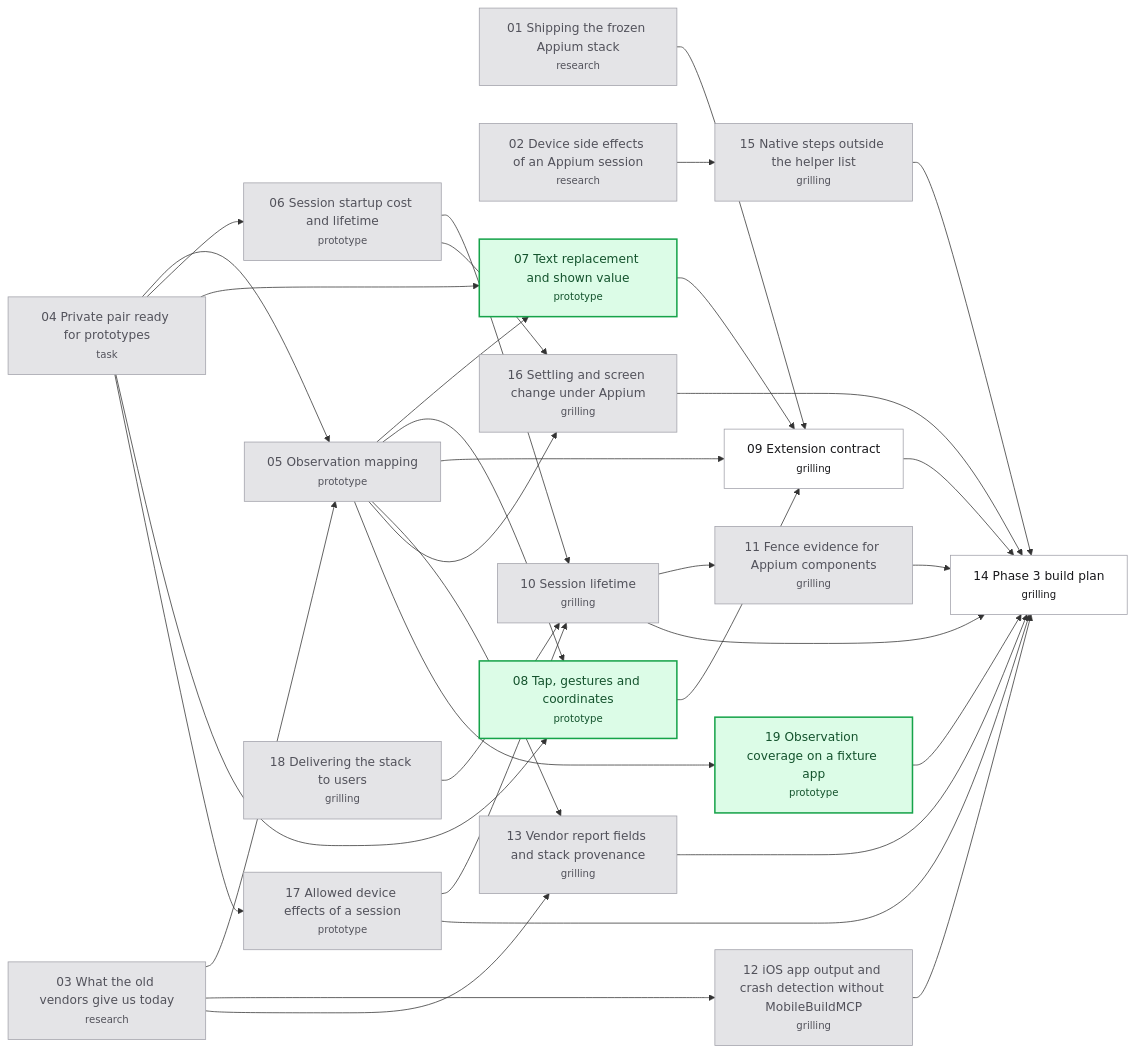
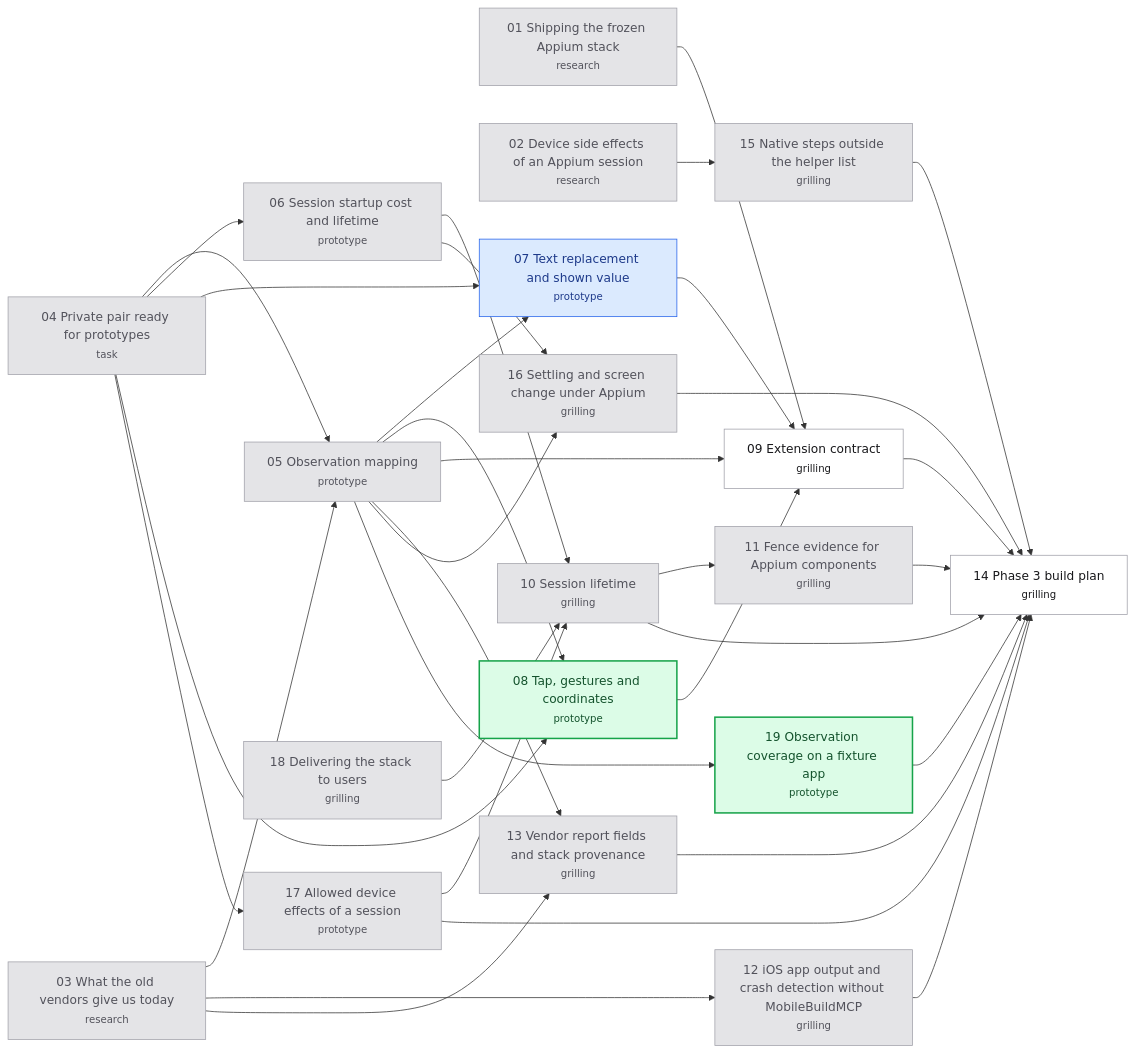
One commit to hugues-vnsgn/jev-ios-bridge changed the diagram in .scratch/appium-phase3/map.md. Above: the diagram before and after it, drawn with Mermaid. The commit also changed 1 other file, not shown here.

Commit message:
docs(appium-phase3): claim Text replacement and shown value

````diff
--- a/.scratch/appium-phase3/map.md
+++ b/.scratch/appium-phase3/map.md
@@ -86,61 +86,62 @@
 ```mermaid
 flowchart LR
     T01["01 Shipping the frozen Appium stack<br/><small>research</small>"]
     T02["02 Device side effects of an Appium session<br/><small>research</small>"]
     T03["03 What the old vendors give us today<br/><small>research</small>"]
     T04["04 Private pair ready for prototypes<br/><small>task</small>"]
     T05["05 Observation mapping<br/><small>prototype</small>"]
     T06["06 Session startup cost and lifetime<br/><small>prototype</small>"]
     T07["07 Text replacement and shown value<br/><small>prototype</small>"]
     T08["08 Tap, gestures and coordinates<br/><small>prototype</small>"]
     T09["09 Extension contract<br/><small>grilling</small>"]
     T10["10 Session lifetime<br/><small>grilling</small>"]
     T11["11 Fence evidence for Appium components<br/><small>grilling</small>"]
     T12["12 iOS app output and crash detection without MobileBuildMCP<br/><small>grilling</small>"]
     T13["13 Vendor report fields and stack provenance<br/><small>grilling</small>"]
     T14["14 Phase 3 build plan<br/><small>grilling</small>"]
     T15["15 Native steps outside the helper list<br/><small>grilling</small>"]
     T16["16 Settling and screen change under Appium<br/><small>grilling</small>"]
     T17["17 Allowed device effects of a session<br/><small>prototype</small>"]
     T18["18 Delivering the stack to users<br/><small>grilling</small>"]
     T19["19 Observation coverage on a fixture app<br/><small>prototype</small>"]
     T03 --> T05
     T04 --> T05
     T04 --> T06
     T04 --> T07
     T05 --> T07
     T04 --> T08
     T05 --> T08
     T01 --> T09
     T05 --> T09
     T07 --> T09
     T08 --> T09
     T06 --> T10
     T17 --> T10
     T18 --> T10
     T10 --> T11
     T03 --> T12
     T03 --> T13
     T05 --> T13
     T09 --> T14
     T10 --> T14
     T11 --> T14
     T12 --> T14
     T13 --> T14
     T15 --> T14
     T16 --> T14
     T17 --> T14
     T19 --> T14
     T02 --> T15
     T05 --> T16
     T06 --> T16
     T04 --> T17
     T05 --> T19
     classDef resolved fill:#e4e4e7,stroke:#a1a1aa,color:#52525b
     classDef claimed fill:#dbeafe,stroke:#2563eb,color:#1e3a8a
     classDef frontier fill:#dcfce7,stroke:#16a34a,color:#14532d,stroke-width:2px
     classDef blocked fill:#ffffff,stroke:#a1a1aa,color:#18181b
     class T01,T02,T03,T04,T05,T06,T10,T11,T12,T13,T15,T16,T17,T18 resolved
-    class T07,T08,T19 frontier
+    class T07 claimed
+    class T08,T19 frontier
     class T09,T14 blocked
 ```
````
